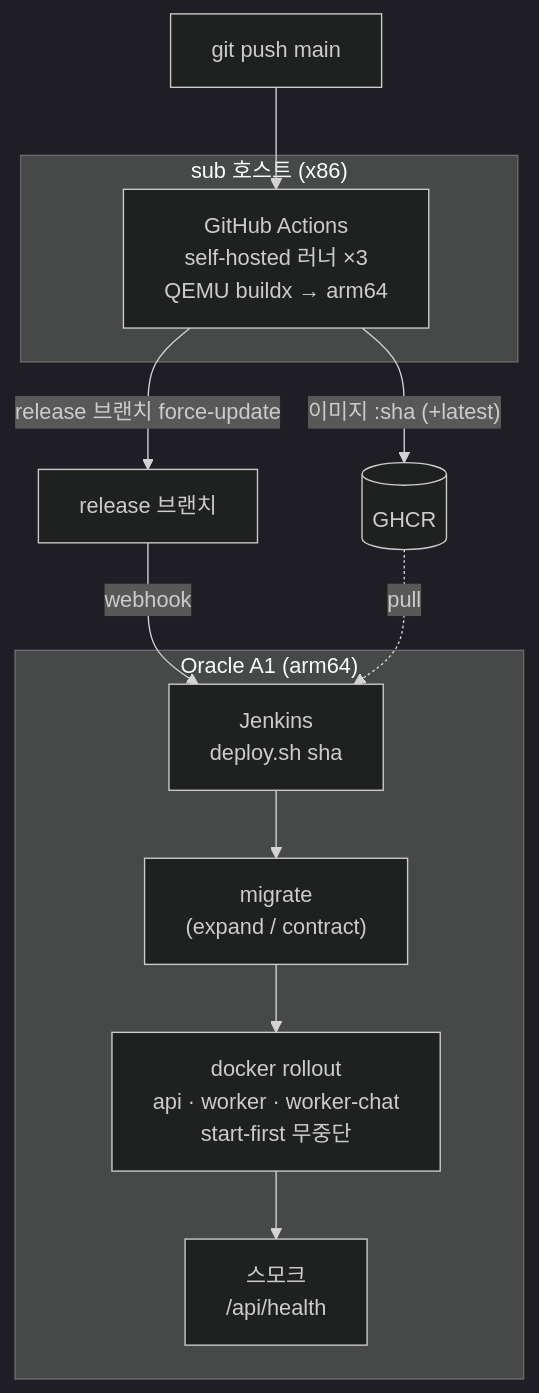
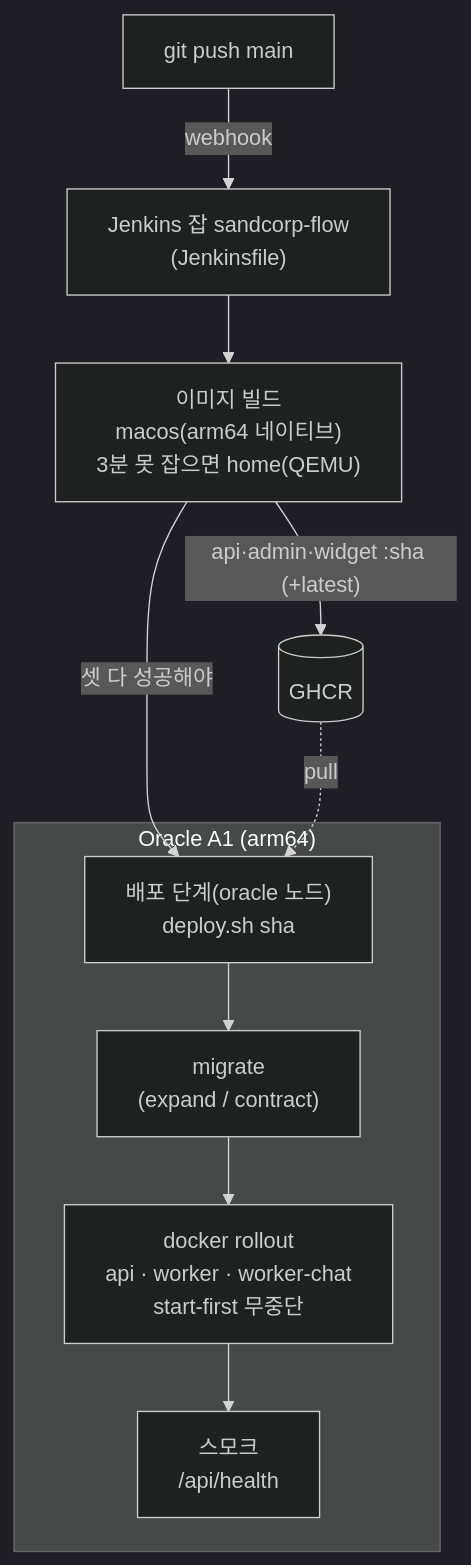
One commit to sandcorporation/sandcorp-flow changed the fourth of 4 diagrams in docs/architecture.md. Above: the diagram before and after it, drawn with Mermaid (dark theme). The commit also changed other lines of this file and 10 other files, not shown here.

First line of the commit message:
ci: 운영 이미지 빌드를 GitHub Actions self-hosted 러너에서 Jenkins 파이프라인으로 옮긴다(#293)

````diff
--- a/docs/architecture.md
+++ b/docs/architecture.md
@@ -143,18 +144,15 @@
 ```mermaid
 flowchart TB
-  push["git push main"] --> ga
-  subgraph sub["sub 호스트 (x86)"]
-    ga["GitHub Actions<br/>self-hosted 러너 ×3<br/>QEMU buildx → arm64"]
-  end
-  ga -->|"이미지 :sha (+latest)"| ghcr[("GHCR")]
-  ga -->|"release 브랜치 force-update"| rel["release 브랜치"]
-  rel -->|webhook| jenkins
+  push["git push main"] -->|webhook| job["Jenkins 잡 sandcorp-flow<br/>(Jenkinsfile)"]
+  job --> build["이미지 빌드<br/>macos(arm64 네이티브)<br/>3분 못 잡으면 home(QEMU)"]
+  build -->|"api·admin·widget :sha (+latest)"| ghcr[("GHCR")]
+  build -->|"셋 다 성공해야"| jenkins
 
   subgraph a1["Oracle A1 (arm64)"]
-    jenkins["Jenkins<br/>deploy.sh sha"]
+    jenkins["배포 단계(oracle 노드)<br/>deploy.sh sha"]
     jenkins --> migrate["migrate<br/>(expand / contract)"]
     migrate --> rollout["docker rollout<br/>api · worker · worker-chat<br/>start-first 무중단"]
     rollout --> smoke["스모크<br/>/api/health"]
   end
   ghcr -. pull .-> jenkins
 ```
````
